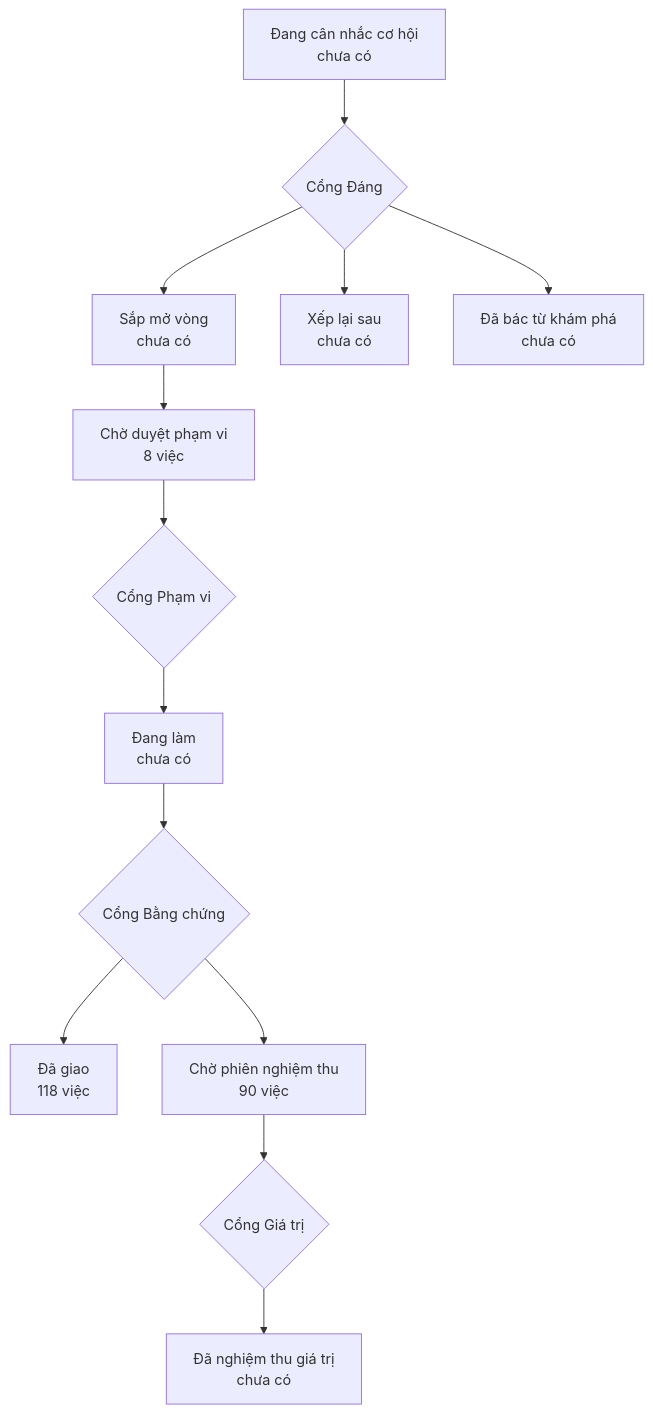
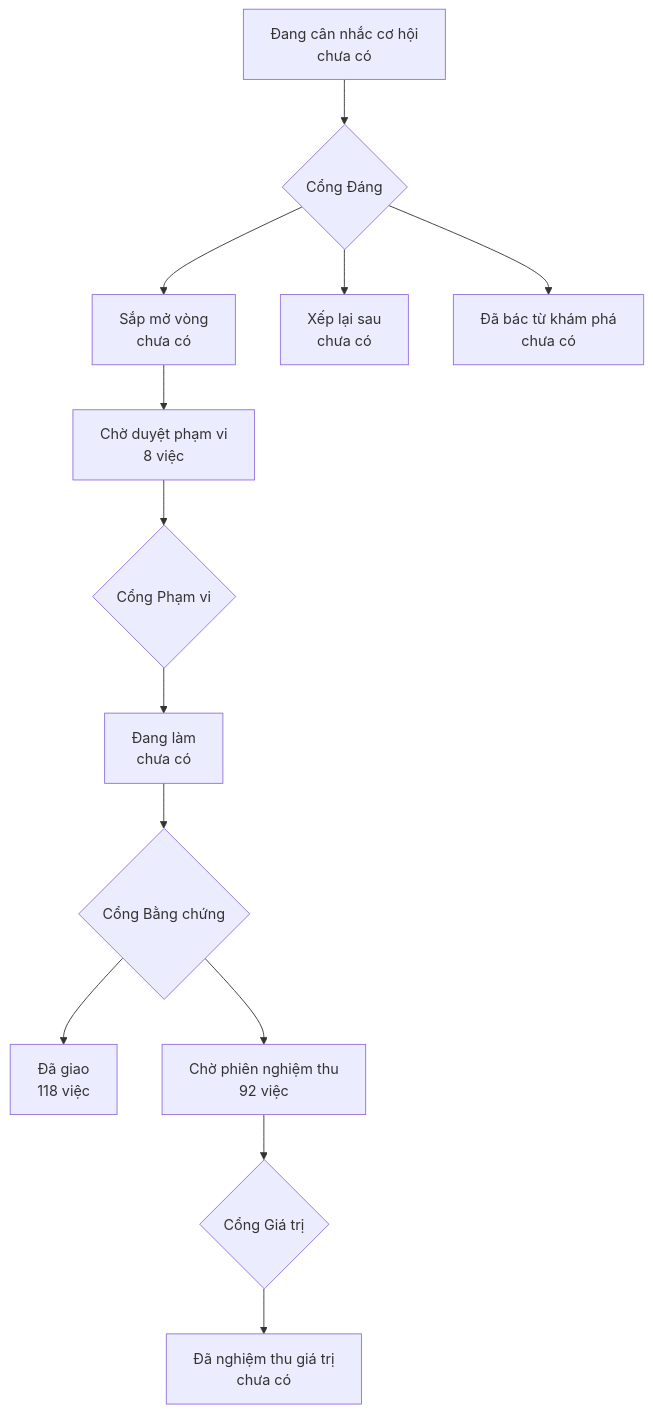
One commit to phanlemanh/onehub-invest changed the diagram in PRODUCT-MAP.md. Above: the diagram before and after it, drawn with Mermaid. The commit also changed other lines of this file and 1 other file, not shown here.

Commit message:
chore(s06-hai-luot-ngay-gop-main): vẽ lại bản đồ sau gộp main

````diff
--- a/PRODUCT-MAP.md
+++ b/PRODUCT-MAP.md
@@ -7,12 +7,12 @@
 ```mermaid
 flowchart TD
   A["Đang cân nhắc cơ hội<br/>chưa có"] --> GD{"Cổng Đáng"}
   GD --> B["Sắp mở vòng<br/>chưa có"]
   GD --> XL["Xếp lại sau<br/>chưa có"]
   GD --> DB["Đã bác từ khám phá<br/>chưa có"]
   B --> CD["Chờ duyệt phạm vi<br/>8 việc"] --> GP{"Cổng Phạm vi"}
   GP --> DL["Đang làm<br/>chưa có"] --> GB{"Cổng Bằng chứng"}
   GB --> DG["Đã giao<br/>118 việc"]
-  GB --> CN["Chờ phiên nghiệm thu<br/>90 việc"] --> GG{"Cổng Giá trị"}
+  GB --> CN["Chờ phiên nghiệm thu<br/>92 việc"] --> GG{"Cổng Giá trị"}
   GG --> NT["Đã nghiệm thu giá trị<br/>chưa có"]
 ```
````
